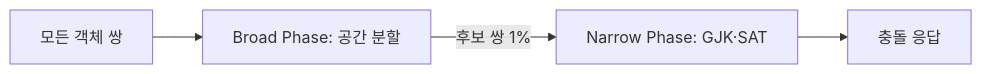
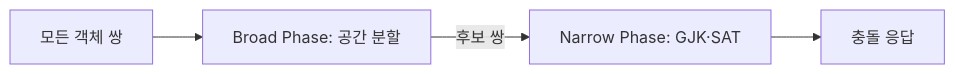
The first of 5 diagrams in math/part15_spatial_partitioning.md (Rein-ArXiv/game-dev-curriculum), drawn with Mermaid before and after one commit. The commit also changed other lines of this file and 231 other files, not shown here.

````diff
--- a/math/part15_spatial_partitioning.md
+++ b/math/part15_spatial_partitioning.md
@@ -80,6 +80,6 @@
 ```mermaid
 flowchart LR
     All[모든 객체 쌍] --> Broad[Broad Phase: 공간 분할]
-    Broad -->|후보 쌍 1%| Narrow[Narrow Phase: GJK·SAT]
+    Broad -->|후보 쌍| Narrow[Narrow Phase: GJK·SAT]
     Narrow --> Resolve[충돌 응답]
 ```
````
